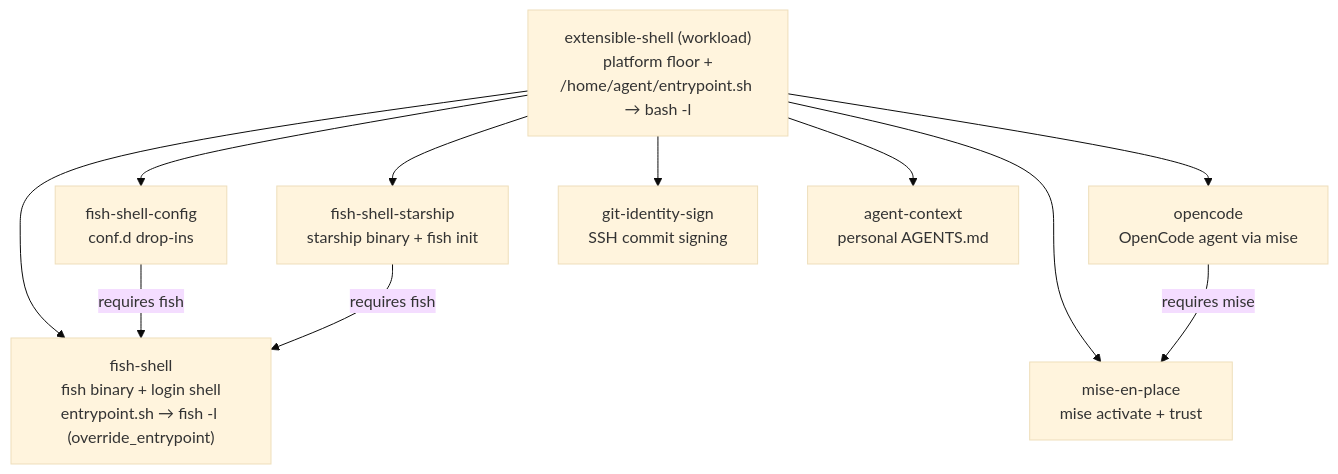
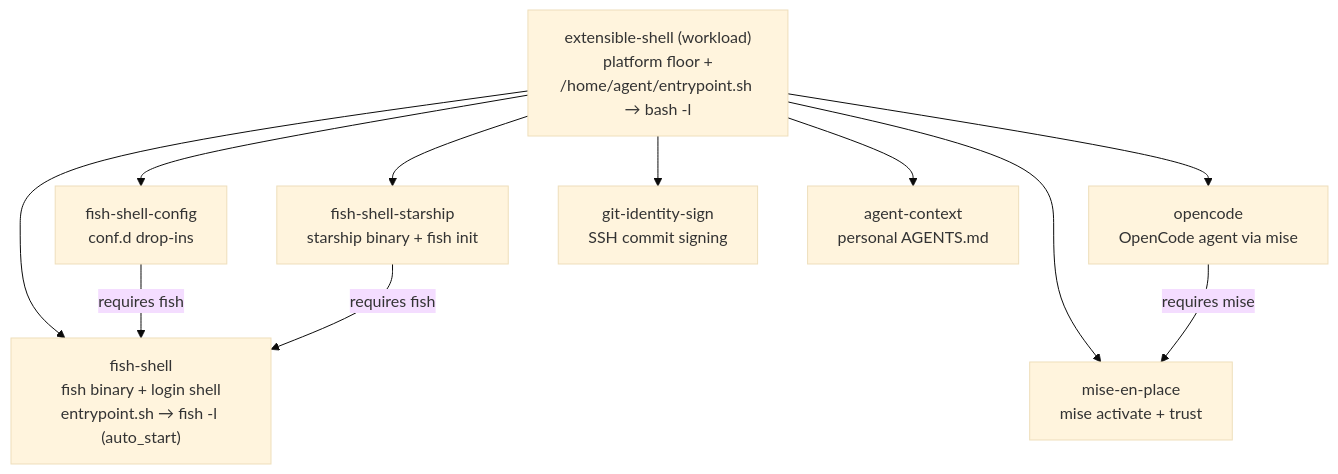
The diagram in .lode/kits/summary.md (dirkgroot/docker-sbx-kits), drawn with Mermaid (base theme) before and after one commit. The commit also changed other lines of this file and 10 other files, not shown here.

First line of the commit message:
Rename override_entrypoint arg to auto_start

````diff
--- a/.lode/kits/summary.md
+++ b/.lode/kits/summary.md
@@ -21,14 +21,14 @@
 ```mermaid
 flowchart TD
     wl["extensible-shell (workload)<br/>platform floor +<br/>/home/agent/entrypoint.sh → bash -l"]
-    wl --> fs["fish-shell<br/>fish binary + login shell<br/>entrypoint.sh → fish -l (override_entrypoint)"]
+    wl --> fs["fish-shell<br/>fish binary + login shell<br/>entrypoint.sh → fish -l (auto_start)"]
     wl --> cfg["fish-shell-config<br/>conf.d drop-ins"]
     wl --> st["fish-shell-starship<br/>starship binary + fish init"]
     wl --> me["mise-en-place<br/>mise activate + trust"]
     wl --> oc["opencode<br/>OpenCode agent via mise"]
     wl --> gi["git-identity-sign<br/>SSH commit signing"]
     wl --> ac["agent-context<br/>personal AGENTS.md"]
     oc -->|requires mise| me
     cfg -->|requires fish| fs
     st -->|requires fish| fs
 ```
````
